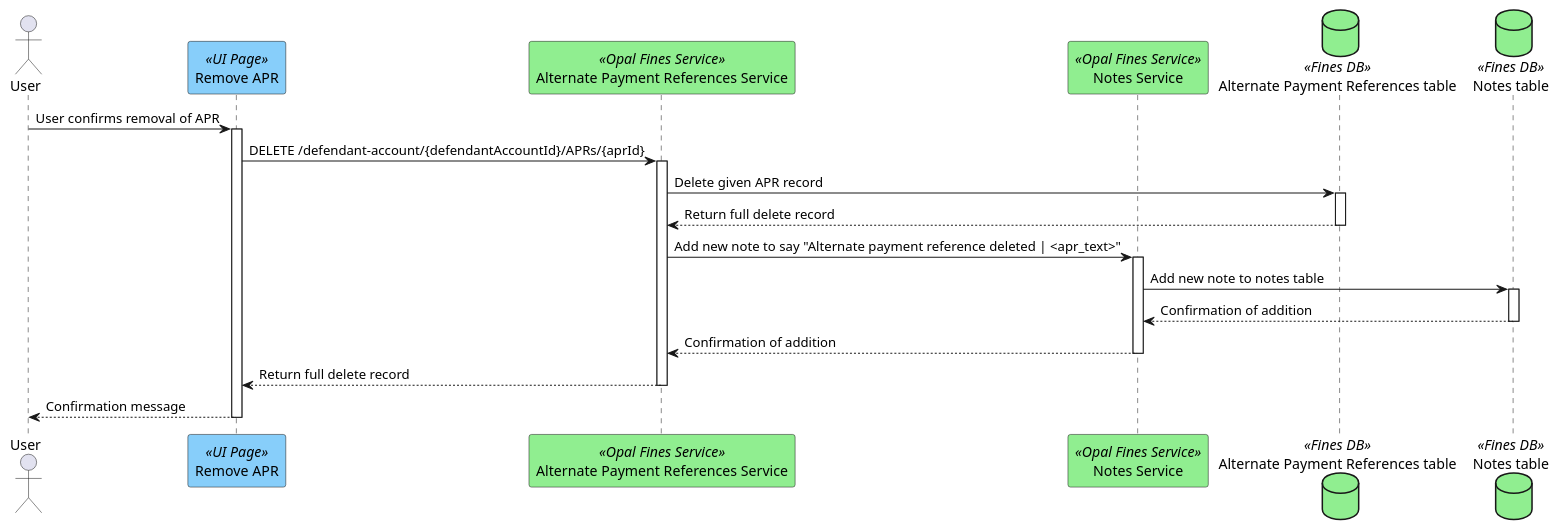
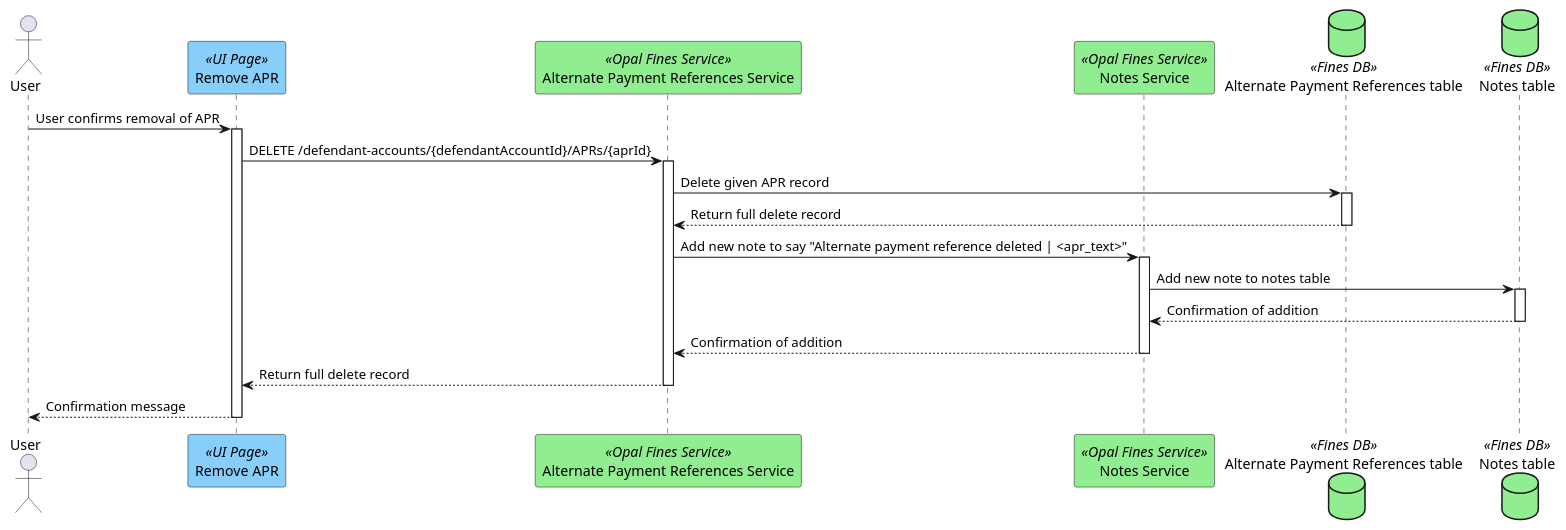
One commit to hmcts/opal-docs changed the diagram in plantUML/defendant-account/delete-apr.puml. Above: the diagram before and after it, drawn with PlantUML. The commit also changed 3 other files, not shown here.

Commit message:
Pluralising defendant accounts on EI10 documentation

```diff
--- a/plantUML/defendant-account/delete-apr.puml
+++ b/plantUML/defendant-account/delete-apr.puml
@@ -1,19 +1,19 @@
 @startuml
 actor "User" as user
 participant "Remove APR" as uiPage <<UI Page>> #lightskyblue
 participant "Alternate Payment References Service" as alternatePaymentReferencesService <<Opal Fines Service>> #lightgreen
 participant "Notes Service" as notesService <<Opal Fines Service>> #lightgreen
 database "Alternate Payment References table" as aprTable <<Fines DB>>#lightgreen
 database "Notes table" as notesTable <<Fines DB>>#lightgreen
 
 user -> uiPage ++ : User confirms removal of APR
-uiPage -> alternatePaymentReferencesService ++ : DELETE /defendant-account/{defendantAccountId}/APRs/{aprId}
+uiPage -> alternatePaymentReferencesService ++ : DELETE /defendant-accounts/{defendantAccountId}/APRs/{aprId}
 alternatePaymentReferencesService -> aprTable ++ : Delete given APR record
 aprTable --> alternatePaymentReferencesService -- : Return full delete record
 alternatePaymentReferencesService -> notesService ++ : Add new note to say "Alternate payment reference deleted | <apr_text>"
 notesService -> notesTable ++ : Add new note to notes table
 notesTable --> notesService -- : Confirmation of addition
 notesService --> alternatePaymentReferencesService -- : Confirmation of addition
 alternatePaymentReferencesService --> uiPage -- : Return full delete record
 uiPage --> user -- : Confirmation message
 @enduml
```
